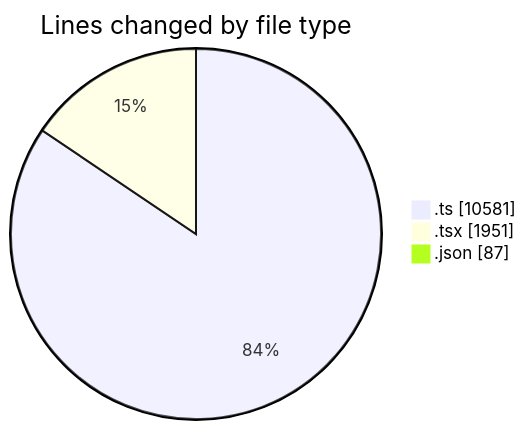
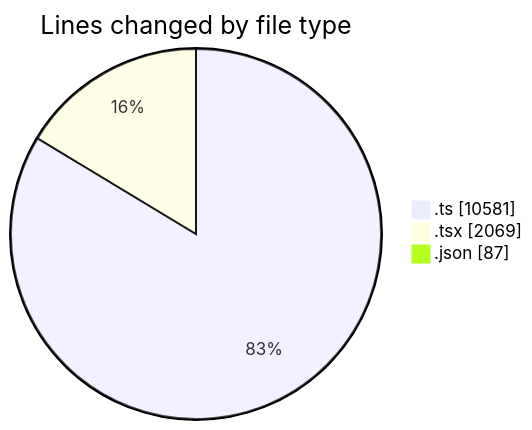
One commit to momahboobian/code-tracking changed the first of 2 diagrams in 2025-07-14/cda/README.md. Above: the diagram before and after it, drawn with Mermaid. The commit also changed other lines of this file and 1 other file, not shown here.

````diff
--- a/2025-07-14/cda/README.md
+++ b/2025-07-14/cda/README.md
@@ -29,7 +29,7 @@
 ```mermaid
 pie showData
 title Lines changed by file type
 ".ts" : 10581
-".tsx" : 1951
+".tsx" : 2069
 ".json" : 87
 ```
````
